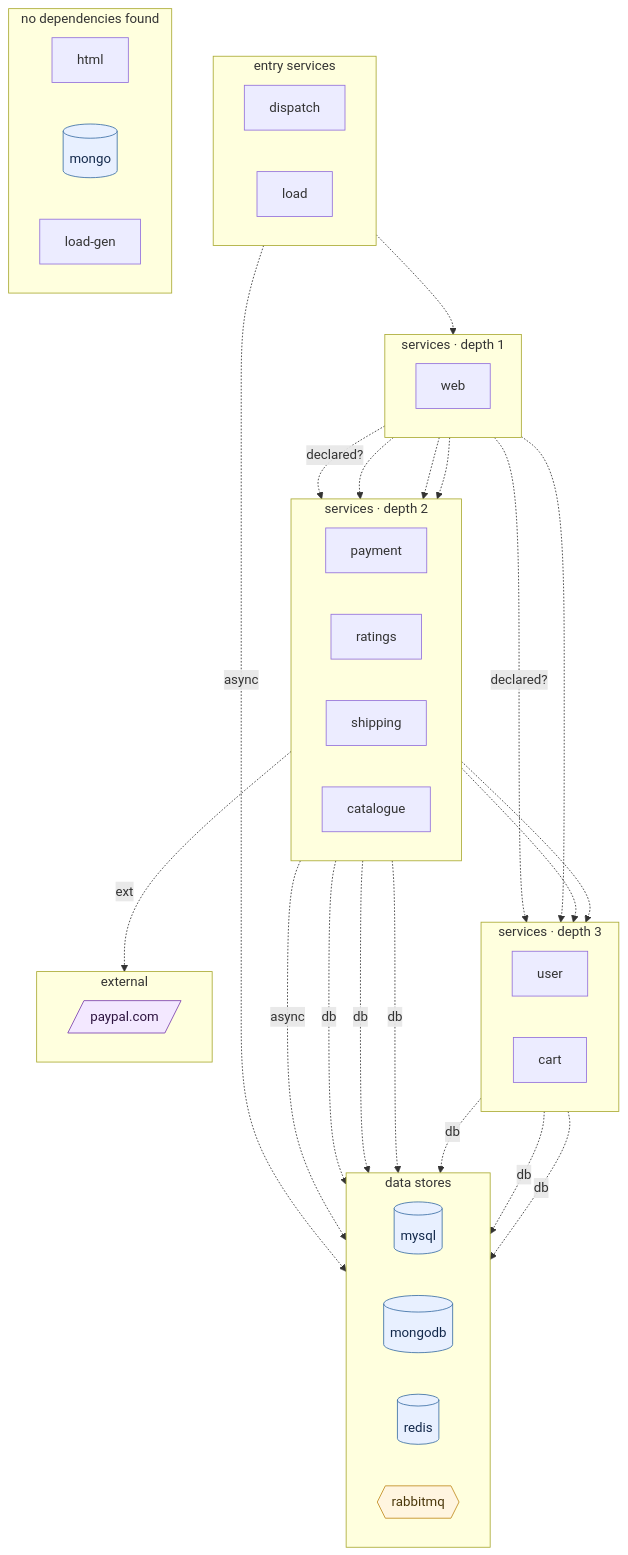
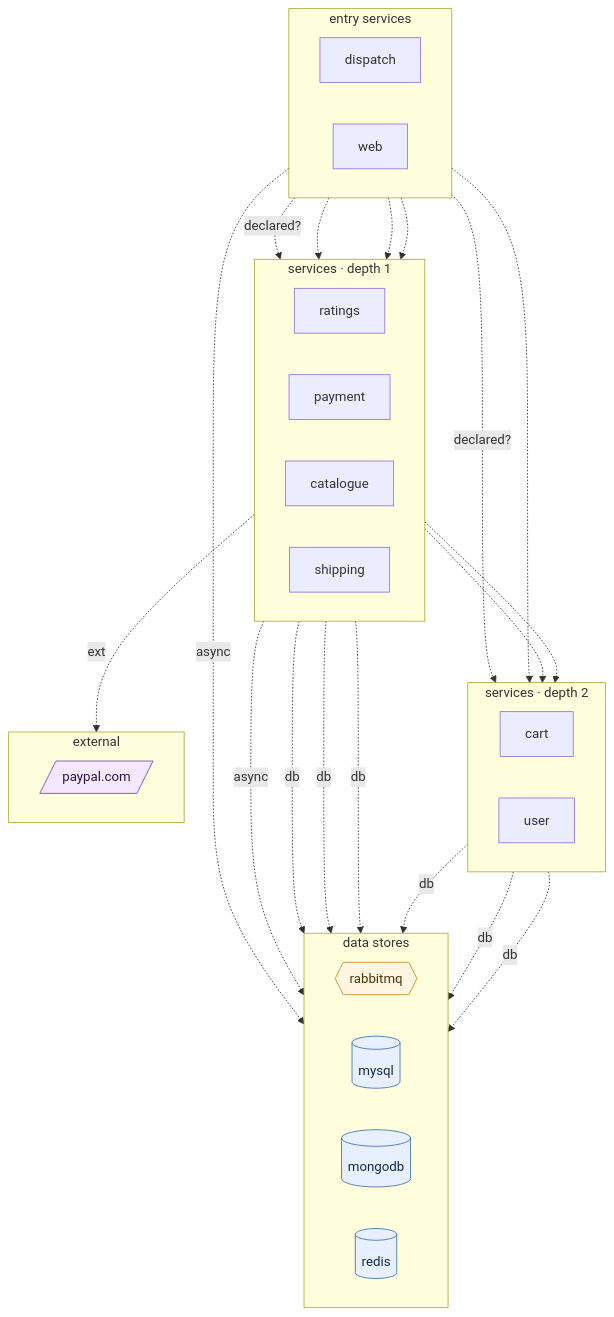
One commit to ANYuu531/ChatOps4Msa-Pipeline changed the diagram in docs/generalization/external/robot-shop.mmd. Above: the diagram before and after it, drawn with Mermaid. The commit also changed 29 other files, not shown here.

First line of the commit message:
generalization: align third-party comparison to the dataset's real graph date (2019-08-19)

```diff
--- a/docs/generalization/external/robot-shop.mmd
+++ b/docs/generalization/external/robot-shop.mmd
@@ -1,63 +1,52 @@
 flowchart TB
 %% DepWeaver — microservice dependency graph
 %% solid arrow = observed at runtime (Istio) · dashed = declared in code/doc only
 %% node shape: [service] ([gateway]) [(db)] {{queue}} [/external/]
   subgraph layer0 ["entry services"]
     direction LR
     dispatch["dispatch"]
-    load["load"]
+    web["web"]
   end
   subgraph layer1 ["services · depth 1"]
     direction LR
-    web["web"]
+    ratings["ratings"]
+    payment["payment"]
+    catalogue["catalogue"]
+    shipping["shipping"]
   end
   subgraph layer2 ["services · depth 2"]
     direction LR
-    payment["payment"]
-    ratings["ratings"]
-    shipping["shipping"]
-    catalogue["catalogue"]
+    cart["cart"]
+    user["user"]
   end
-  subgraph layer3 ["services · depth 3"]
+  subgraph layer3 ["data stores"]
     direction LR
-    user["user"]
-    cart["cart"]
-  end
-  subgraph layer4 ["data stores"]
-    direction LR
+    rabbitmq{{"rabbitmq"}}:::queue
     mysql[("mysql")]:::db
     mongodb[("mongodb")]:::db
     redis[("redis")]:::db
-    rabbitmq{{"rabbitmq"}}:::queue
   end
-  subgraph layer5 ["external"]
+  subgraph layer4 ["external"]
     direction LR
     paypal_com[/"paypal.com"/]:::external
-  end
-  subgraph layer6 ["no dependencies found"]
-    direction LR
-    html["html"]
-    mongo[("mongo")]:::db
-    load_gen["load-gen"]
   end
   payment -. ext .-> paypal_com
   payment -.-> user
   payment -.-> cart
-  load -.-> web
   catalogue -. db .-> mongodb
   user -. db .-> mongodb
   user -. db .-> redis
   cart -. db .-> redis
   shipping -. db .-> mysql
   ratings -. db .-> mysql
   payment -. async .-> rabbitmq
   dispatch -. async .-> rabbitmq
   web -.-> catalogue
   web -.-> user
   web -.-> shipping
   web -.-> payment
   web -. declared? .-> cart
   web -. declared? .-> ratings
 classDef db fill:#e8f0ff,stroke:#3a6ea5,color:#13294b;
 classDef queue fill:#fff5e0,stroke:#c08a1e,color:#4a370a;
 classDef external fill:#f3e8ff,stroke:#7a3fb0,color:#2e1440;
```
